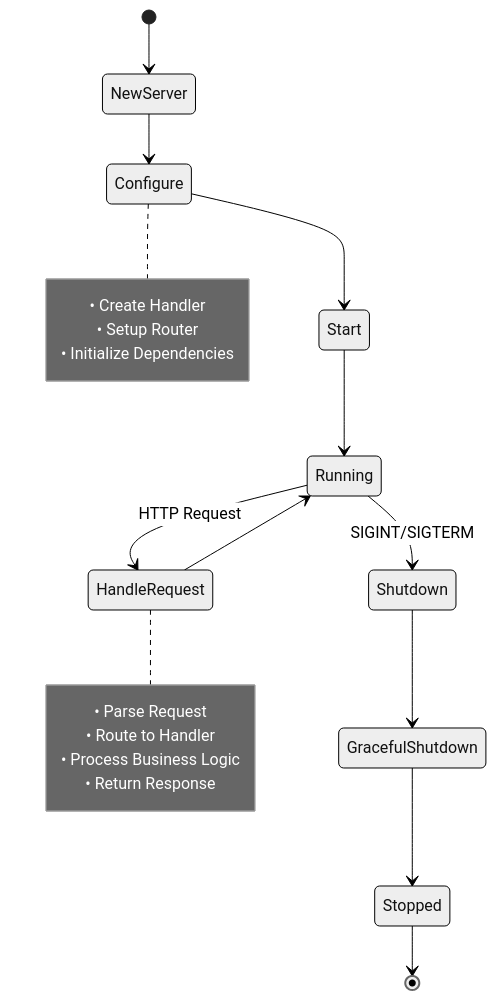
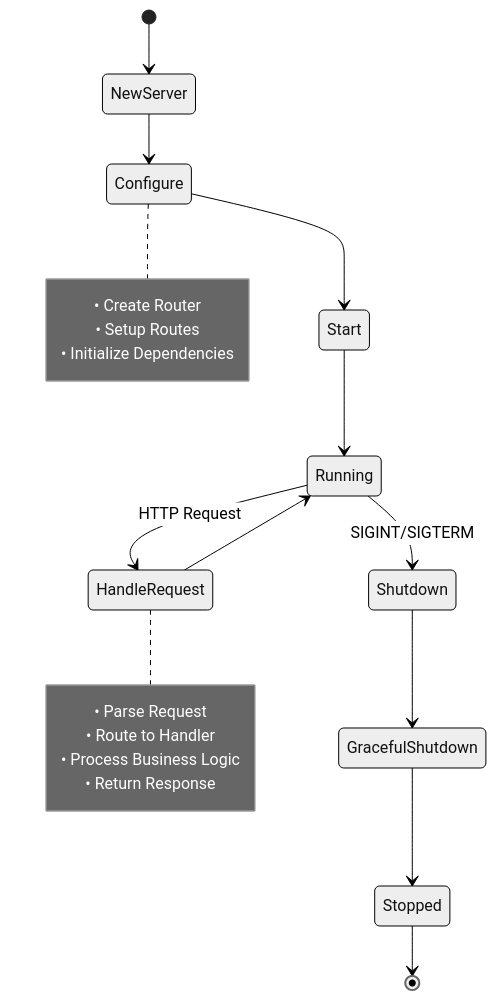
Before and after one commit to IgorKilipenko/metrical: the second of 2 diagrams in internal/httpserver/README.md, drawn with Mermaid (neutral theme). The commit also changed other lines of this file and 16 other files, not shown here.

````diff
--- a/internal/httpserver/README.md
+++ b/internal/httpserver/README.md
@@ -63,28 +72,28 @@
 ```mermaid
 stateDiagram-v2
     [*] --> NewServer
     NewServer --> Configure
     Configure --> Start
     Start --> Running
     
     Running --> HandleRequest : HTTP Request
     HandleRequest --> Running
     
     Running --> Shutdown : SIGINT/SIGTERM
     Shutdown --> GracefulShutdown
     GracefulShutdown --> Stopped
     Stopped --> [*]
     
     note right of Configure
-        • Create Handler
-        • Setup Router
+        • Create Router
+        • Setup Routes
         • Initialize Dependencies
     end note
     
     note right of HandleRequest
         • Parse Request
         • Route to Handler
         • Process Business Logic
         • Return Response
     end note
 ```
````
